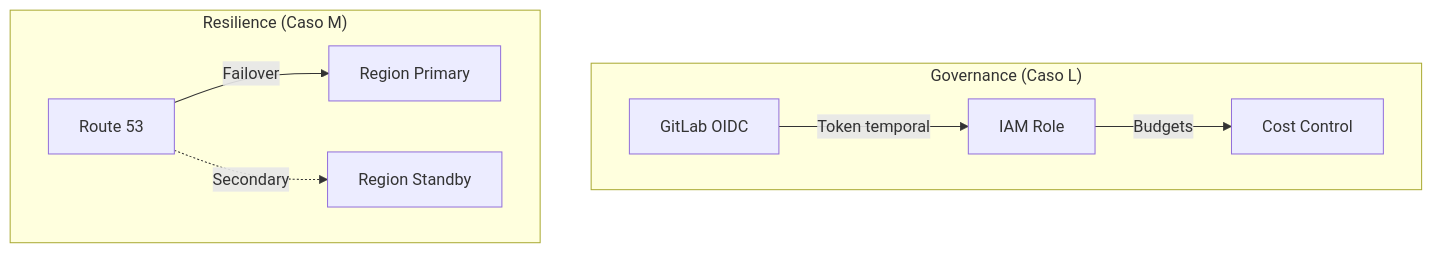
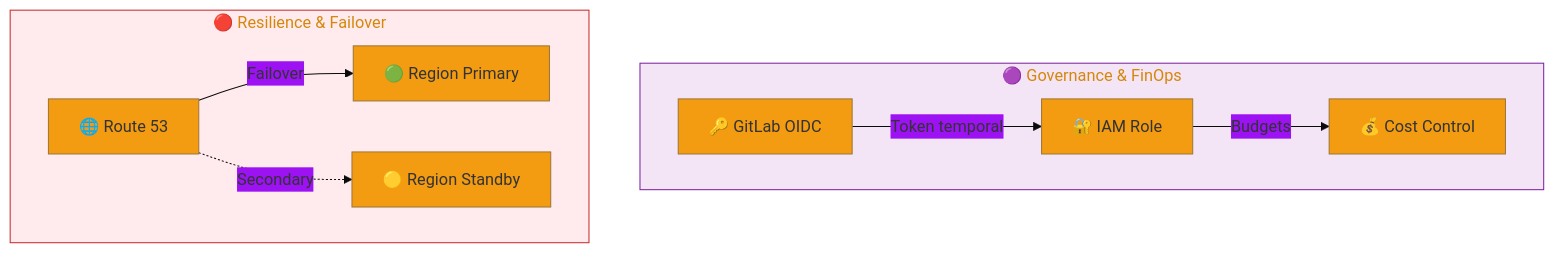
The fourth of 4 diagrams in docs/ARCHITECTURE.md (vladimiracunadev-create/proyectos-aws), drawn with Mermaid before and after one commit. The commit also changed other lines of this file, not shown here.

Commit message:
docs: modernize global architecture and tier diagrams in docs/ARCHITECTURE.md

````diff
--- a/docs/ARCHITECTURE.md
+++ b/docs/ARCHITECTURE.md
@@ -85,12 +99,16 @@
 ```mermaid
+%%{init: {'theme': 'base', 'themeVariables': { 'primaryColor': '#F39C12', 'edgeColor': '#E74C3C' }}}%%
 graph TB
-    subgraph "Governance (Caso L)"
-        L1[GitLab OIDC] -->|Token temporal| L2[IAM Role]
-        L2 -->|Budgets| L3[Cost Control]
+    subgraph Tier4_L["🟣 Governance & FinOps"]
+        L1[🔑 GitLab OIDC] -->|Token temporal| L2[🔐 IAM Role]
+        L2 -->|Budgets| L3[💰 Cost Control]
     end
 
-    subgraph "Resilience (Caso M)"
-        M1[Route 53] -->|Failover| M2[Region Primary]
-        M1 -.->|Secondary| M3[Region Standby]
+    subgraph Tier4_M["🔴 Resilience & Failover"]
+        M1[🌐 Route 53] -->|Failover| M2[🟢 Region Primary]
+        M1 -.->|Secondary| M3[🟡 Region Standby]
     end
+
+    style Tier4_L fill:#f3e5f5,stroke:#7b1fa2
+    style Tier4_M fill:#ffebee,stroke:#c62828
 ```
````
